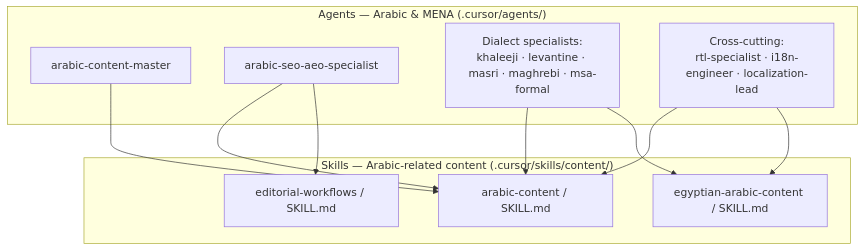
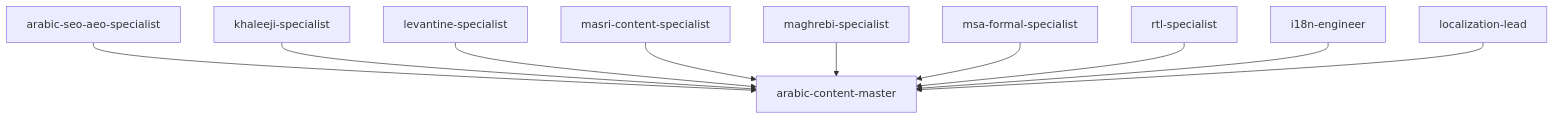
Before and after one commit to iDorgham/Nezam: the second of 3 diagrams in README.md, drawn with Mermaid. The commit also changed other lines of this file, not shown here.

````diff
--- a/README.md
+++ b/README.md
@@ -228,21 +269,22 @@
 ```mermaid
 flowchart TB
-  subgraph AG["Agents — Arabic & MENA (.cursor/agents/)"]
-    CM[arabic-content-master]
-    SEO[arabic-seo-aeo-specialist]
-    DIA["Dialect specialists:\nkhaleeji · levantine · masri · maghrebi · msa-formal"]
-    X["Cross-cutting:\nrtl-specialist · i18n-engineer · localization-lead"]
-  end
-  subgraph SK["Skills — Arabic-related content (.cursor/skills/content/)"]
-    AR[arabic-content / SKILL.md]
-    EG[egyptian-arabic-content / SKILL.md]
-    ED[editorial-workflows / SKILL.md]
-  end
-  CM --> AR
-  SEO --> AR
-  SEO --> ED
-  DIA --> AR
-  DIA --> EG
-  X --> AR
-  X --> EG
+  CM[arabic-content-master]
+  SEO[arabic-seo-aeo-specialist]
+  KH[khaleeji-specialist]
+  LV[levantine-specialist]
+  MS[masri-content-specialist]
+  MG[maghrebi-specialist]
+  MFA[msa-formal-specialist]
+  RTL[rtl-specialist]
+  I18[i18n-engineer]
+  LOC[localization-lead]
+  SEO --> CM
+  KH --> CM
+  LV --> CM
+  MS --> CM
+  MG --> CM
+  MFA --> CM
+  RTL --> CM
+  I18 --> CM
+  LOC --> CM
 ```
````
